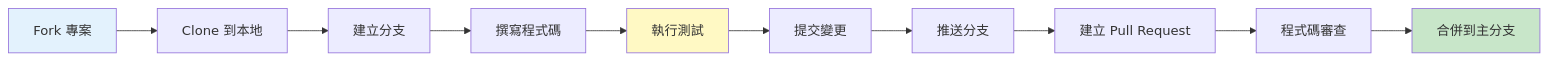
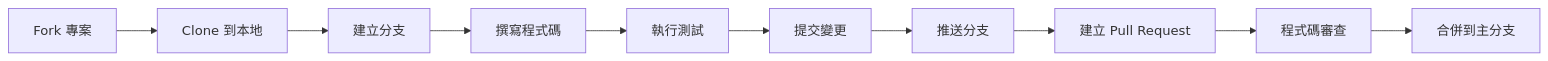
One commit to tboydar/service-booking-api changed diagram 22 of 23 in README.md. Above: the diagram before and after it, drawn with Mermaid. The commit also changed other lines of this file and 2 other files, not shown here.

````diff
--- a/README.md
+++ b/README.md
@@ -1580,16 +1542,13 @@
 ```mermaid
 flowchart LR
     Fork[Fork 專案] --> Clone[Clone 到本地]
     Clone --> Branch[建立分支]
     Branch --> Code[撰寫程式碼]
     Code --> Test[執行測試]
     Test --> Commit[提交變更]
     Commit --> Push[推送分支]
     Push --> PR[建立 Pull Request]
     PR --> Review[程式碼審查]
     Review --> Merge[合併到主分支]
 
-    style Fork fill:#e3f2fd
-    style Test fill:#fff9c4
-    style Merge fill:#c8e6c9
 ```
````
